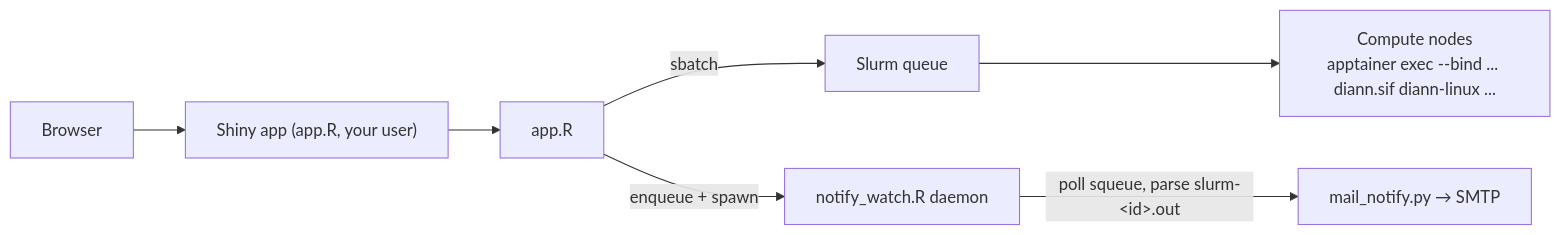
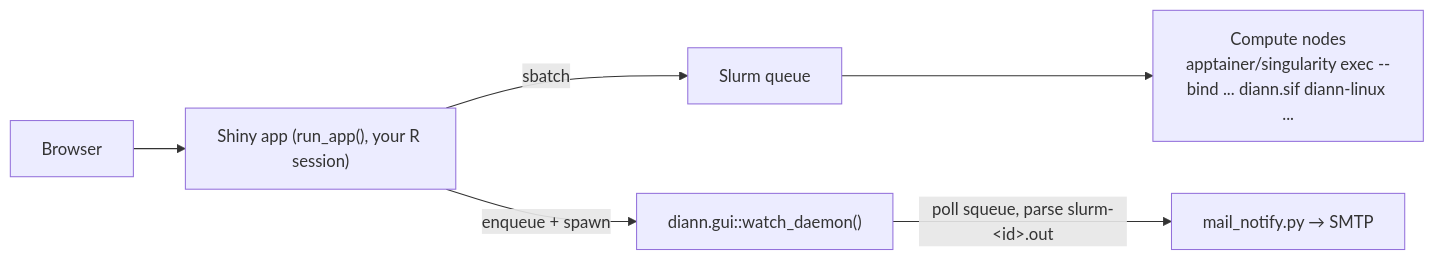
One commit to zhangdong360/diann-gui changed the diagram in README.md. Above: the diagram before and after it, drawn with Mermaid. The commit also changed other lines of this file and 159 other files, not shown here.

````diff
--- a/README.md
+++ b/README.md
@@ -86,9 +103,8 @@
 ```mermaid
 flowchart LR
-    B[Browser] --> SS["Shiny app (app.R, your user)"]
-    SS --> A["app.R"]
-    A -->|"sbatch"| Q[Slurm queue]
-    Q --> CN["Compute nodes<br/>apptainer exec --bind ... diann.sif diann-linux ..."]
-    A -->|"enqueue + spawn"| W["notify_watch.R daemon"]
+    B[Browser] --> SS["Shiny app (run_app(), your R session)"]
+    SS -->|"sbatch"| Q[Slurm queue]
+    Q --> CN["Compute nodes<br/>apptainer/singularity exec --bind ... diann.sif diann-linux ..."]
+    SS -->|"enqueue + spawn"| W["diann.gui::watch_daemon()"]
     W -->|"poll squeue, parse slurm-&lt;id&gt;.out"| M["mail_notify.py → SMTP"]
 ```
````
